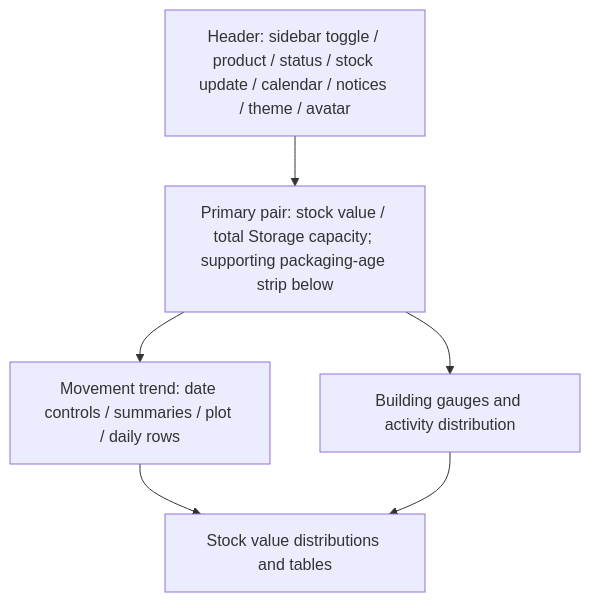
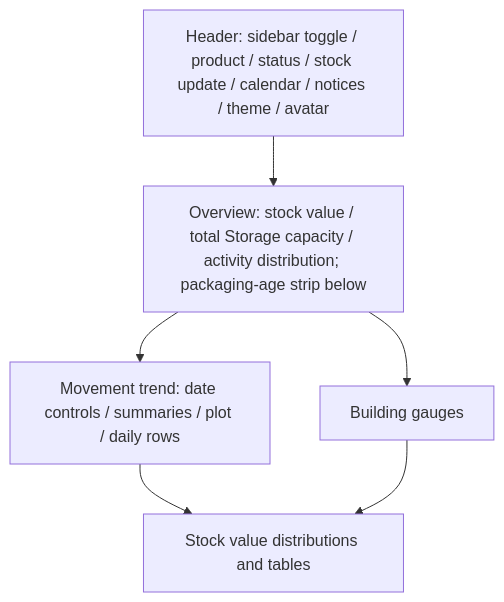
One commit to nk02388-cyber/PK-WMS changed the diagram in DESIGN_SYSTEM.md. Above: the diagram before and after it, drawn with Mermaid. The commit also changed other lines of this file and 3 other files, not shown here.

Commit message:
Move activity distribution into dashboard top overview

````diff
--- a/DESIGN_SYSTEM.md
+++ b/DESIGN_SYSTEM.md
@@ -30,13 +30,13 @@
 ```mermaid
 flowchart TD
   Header[Header: sidebar toggle / product / status / stock update / calendar / notices / theme / avatar]
-  Overview[Primary pair: stock value / total Storage capacity; supporting packaging-age strip below]
+  Overview[Overview: stock value / total Storage capacity / activity distribution; packaging-age strip below]
   Trend[Movement trend: date controls / summaries / plot / daily rows]
-  Side[Building gauges and activity distribution]
+  Side[Building gauges]
   Details[Stock value distributions and tables]
   Header --> Overview
   Overview --> Trend
   Overview --> Side
   Trend --> Details
   Side --> Details
 ```
````
